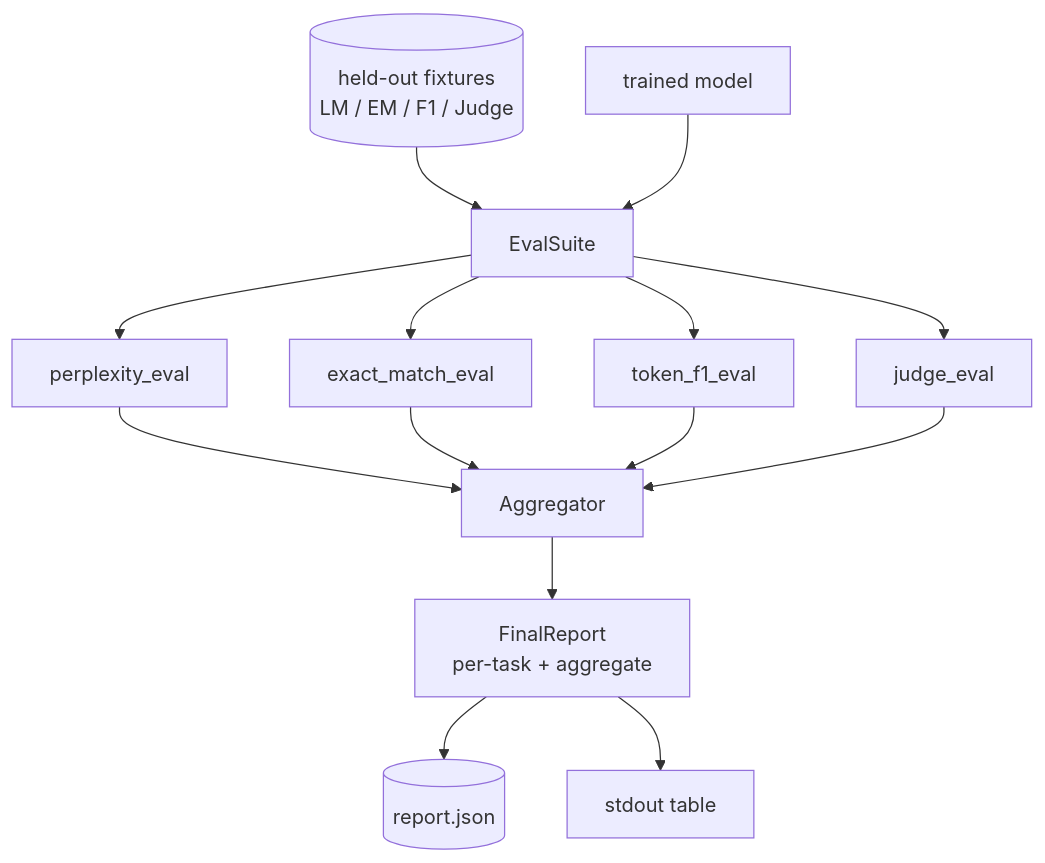
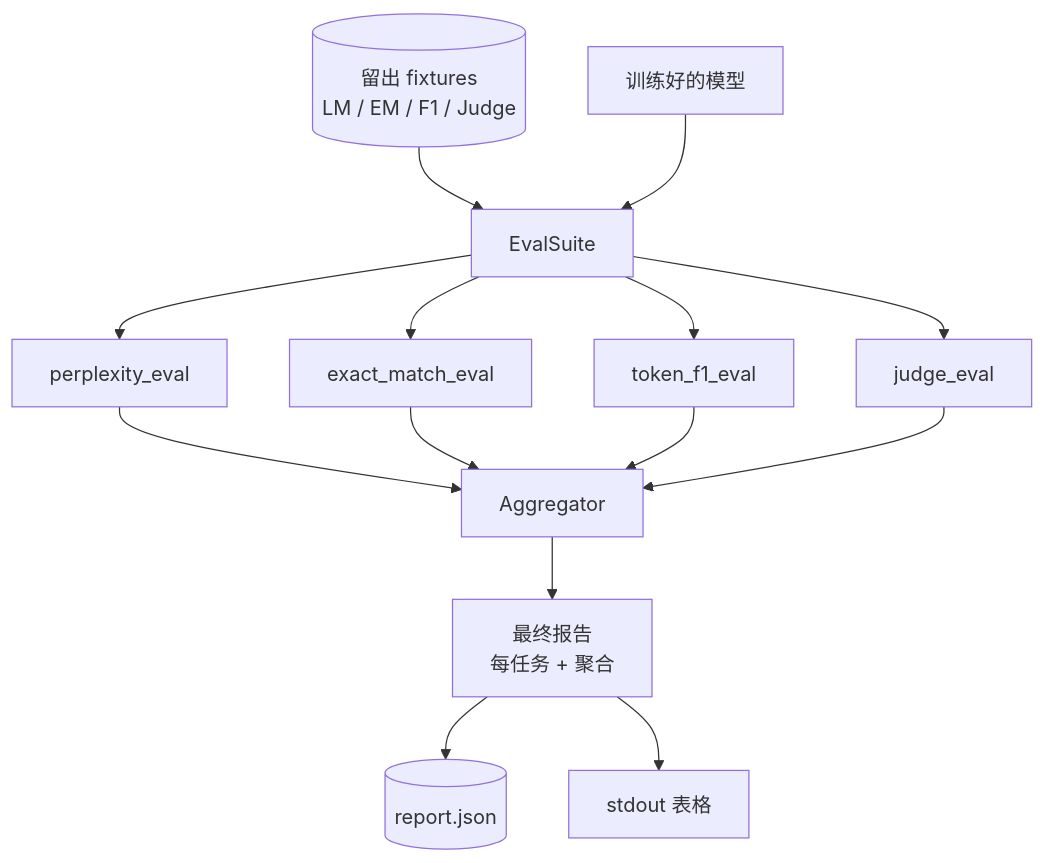
The third of 3 diagrams in lessons/19-capstone-projects/41-eval-pipeline/docs/zh.md (guangningsun/ailearning), drawn with Mermaid before and after one commit. The commit also changed other lines of this file and 85 other files, not shown here.

````diff
--- a/lessons/19-capstone-projects/41-eval-pipeline/docs/zh.md
+++ b/lessons/19-capstone-projects/41-eval-pipeline/docs/zh.md
@@ -108,16 +108,16 @@
 ```mermaid
 flowchart TD
-  Data[(held-out fixtures<br/>LM / EM / F1 / Judge)] --> Suite[EvalSuite]
-  Model[trained model] --> Suite
+  Data[(留出 fixtures<br/>LM / EM / F1 / Judge)] --> Suite[EvalSuite]
+  Model[训练好的模型] --> Suite
   Suite --> PE[perplexity_eval]
   Suite --> EE[exact_match_eval]
   Suite --> FE[token_f1_eval]
   Suite --> JE[judge_eval]
   PE --> Agg[Aggregator]
   EE --> Agg
   FE --> Agg
   JE --> Agg
-  Agg --> R[FinalReport<br/>per-task + aggregate]
+  Agg --> R[最终报告<br/>每任务 + 聚合]
   R --> JSON[(report.json)]
-  R --> Pretty[stdout table]
+  R --> Pretty[stdout 表格]
 ```
````
